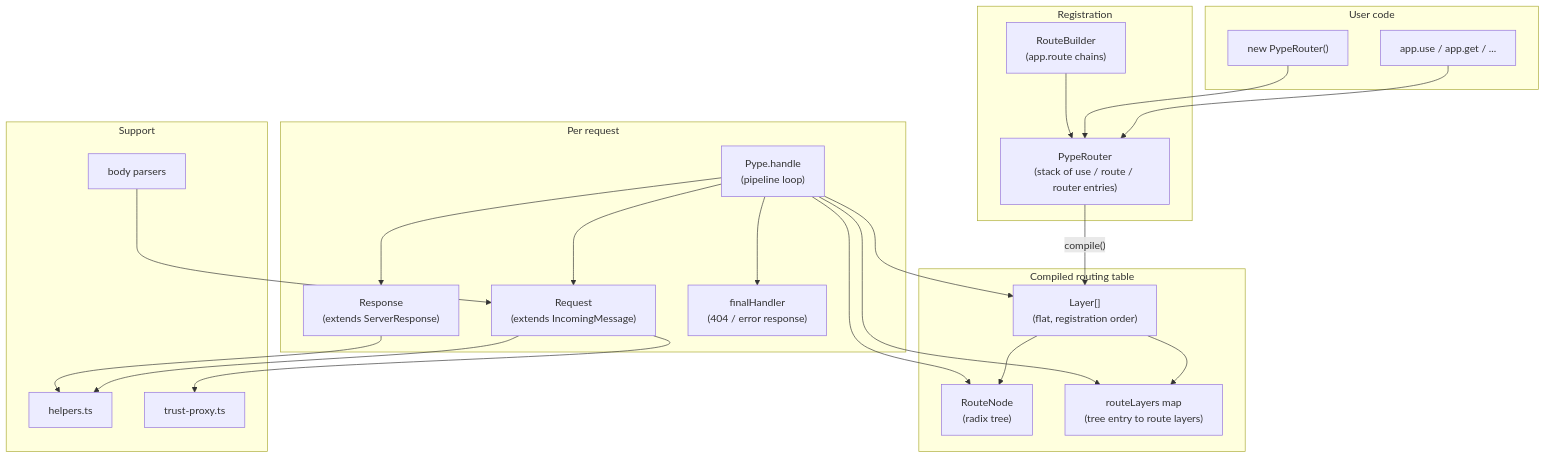
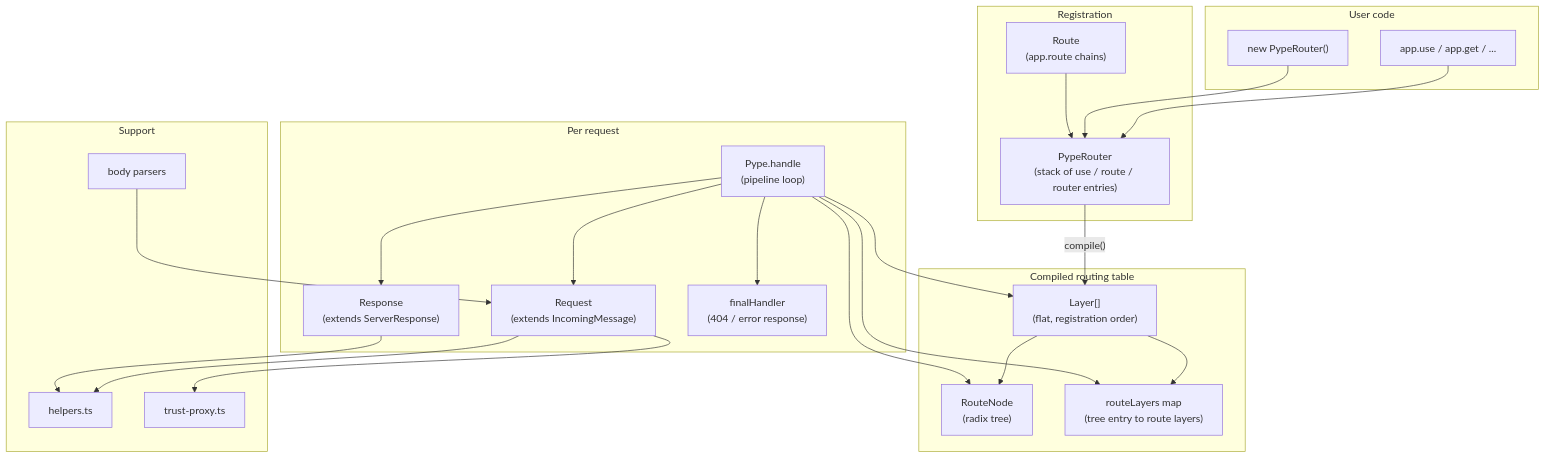
One commit to HlufD/pype changed the first of 7 diagrams in docs/ARCHITECTURE.md. Above: the diagram before and after it, drawn with Mermaid. The commit also changed other lines of this file and 8 other files, not shown here.

First line of the commit message:
feat(router)!: Express's Route, app.route() chains are one route

````diff
--- a/docs/ARCHITECTURE.md
+++ b/docs/ARCHITECTURE.md
@@ -89,48 +89,48 @@
 ```mermaid
 flowchart TB
     subgraph User code
         U1["app.use / app.get / ..."]
         U2["new PypeRouter()"]
     end
 
     subgraph Registration
         R["PypeRouter<br/>(stack of use / route / router entries)"]
-        RB["RouteBuilder<br/>(app.route chains)"]
+        RB["Route<br/>(app.route chains)"]
     end
 
     subgraph Compiled routing table
         L["Layer[]<br/>(flat, registration order)"]
         T["RouteNode<br/>(radix tree)"]
         M["routeLayers map<br/>(tree entry to route layers)"]
     end
 
     subgraph Per request
         P["Pype.handle<br/>(pipeline loop)"]
         RQ["Request<br/>(extends IncomingMessage)"]
         RS["Response<br/>(extends ServerResponse)"]
         F["finalHandler<br/>(404 / error response)"]
     end
 
     subgraph Support
         H["helpers.ts"]
         TP["trust-proxy.ts"]
         BP["body parsers"]
     end
 
     U1 --> R
     U2 --> R
     RB --> R
     R -- "compile()" --> L
     L --> T
     L --> M
     P --> T
     P --> M
     P --> L
     P --> RQ
     P --> RS
     P --> F
     RQ --> H
     RQ --> TP
     RS --> H
     BP --> RQ
 ```
````
